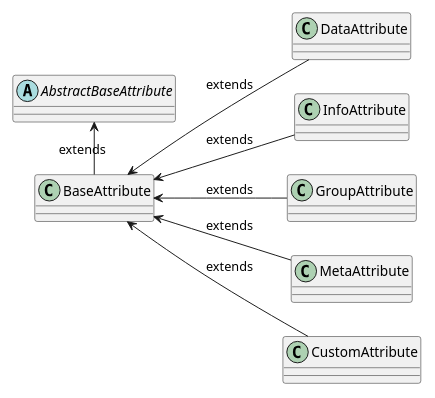
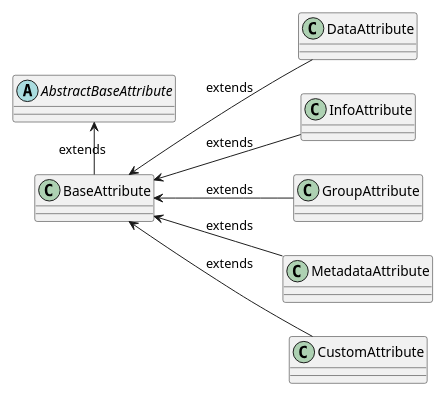
One commit to CZERTAINLY/CZERTAINLY-Documentation changed the diagram in docs/60-contributors/10-attributes/11-attributes.mdx. Above: the diagram before and after it, drawn with PlantUML. The commit also changed other lines of this file and 2 other files, not shown here.

````diff
--- a/docs/60-contributors/10-attributes/11-attributes.mdx
+++ b/docs/60-contributors/10-attributes/11-attributes.mdx
@@ -250,20 +250,20 @@
 ```plantuml
 @startuml
     scale 3/4
     left to right direction
     
     abstract AbstractBaseAttribute
     class BaseAttribute
     class DataAttribute
     class InfoAttribute
     class GroupAttribute
-    class MetaAttribute
+    class MetadataAttribute
     class CustomAttribute
   
     AbstractBaseAttribute <-right- BaseAttribute : extends
     BaseAttribute <-- DataAttribute : extends
     BaseAttribute <-- InfoAttribute : extends
     BaseAttribute <-- GroupAttribute : extends
-    BaseAttribute <-- MetaAttribute : extends
+    BaseAttribute <-- MetadataAttribute : extends
     BaseAttribute <-- CustomAttribute : extends
 ```
````
